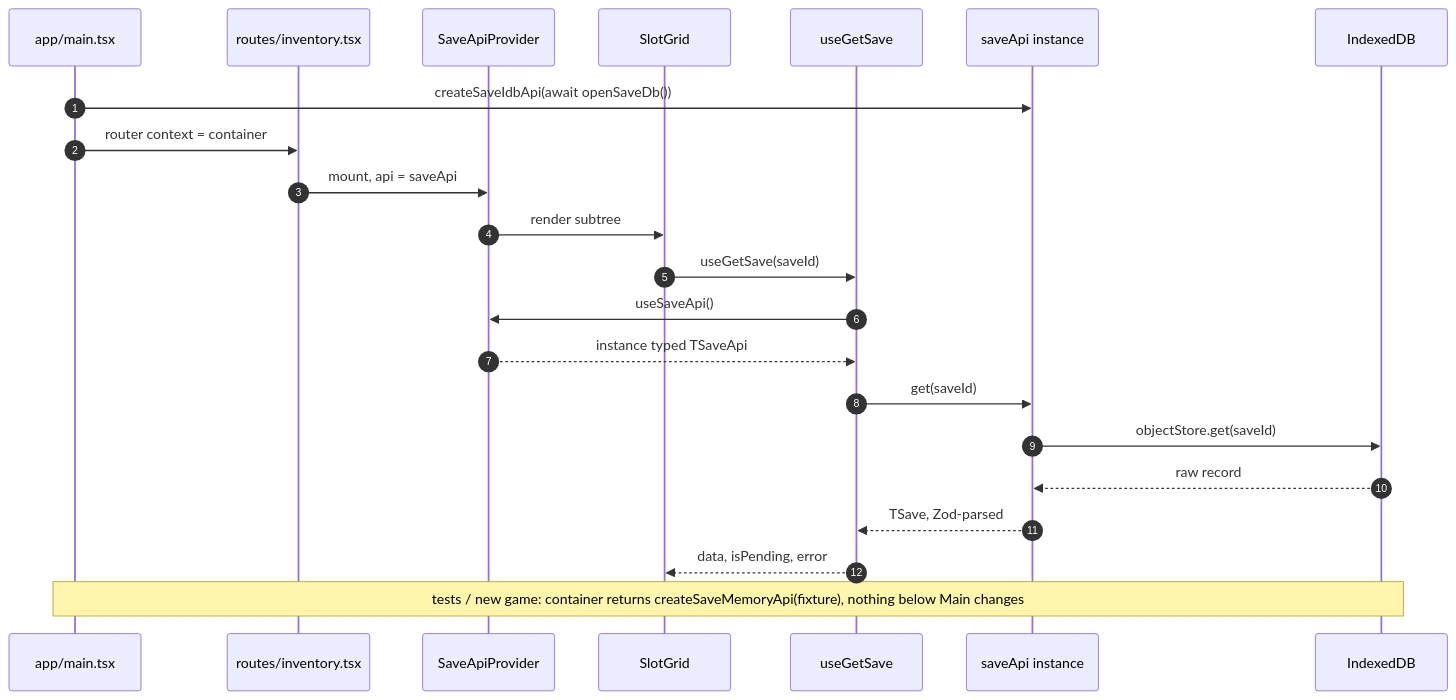
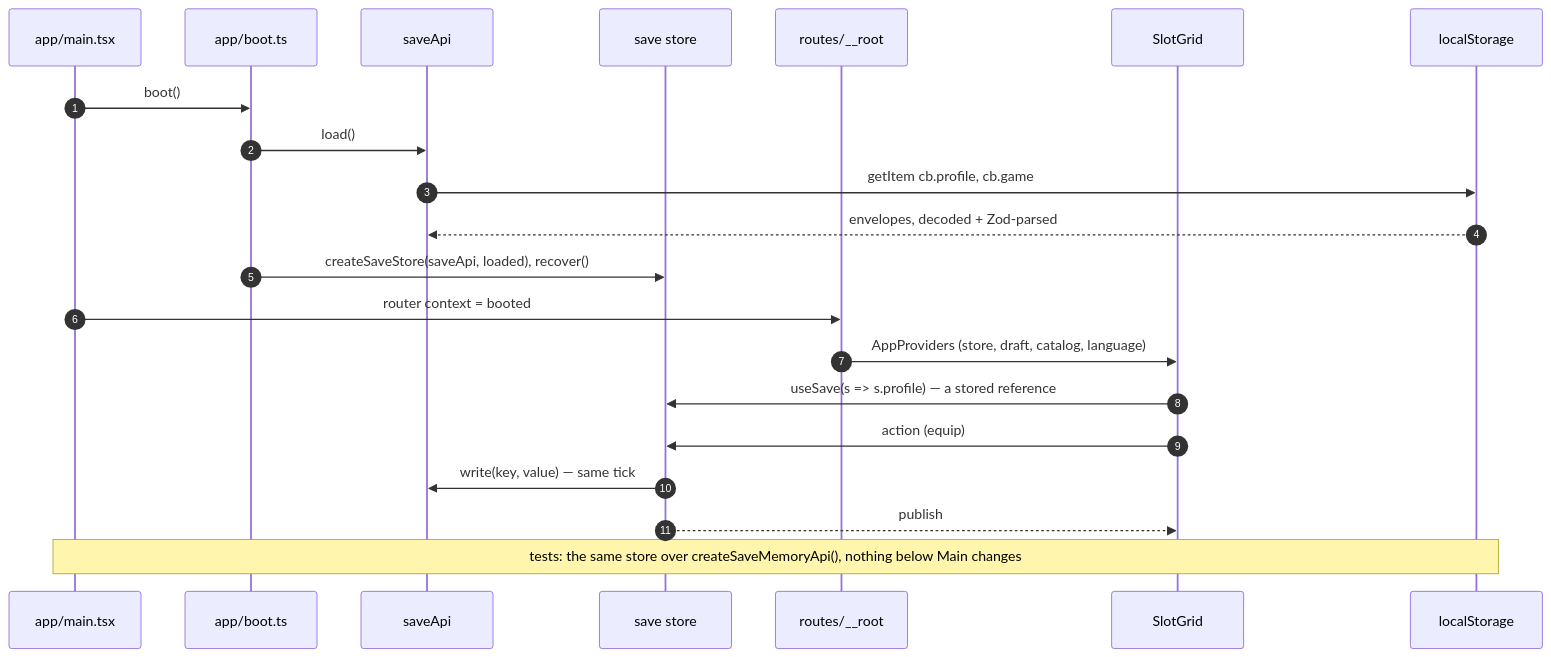
The second of 3 diagrams in ARCHITECTURE.md (AyloSrd/couple-battle-pwa), drawn with Mermaid before and after one commit. The commit also changed other lines of this file and 130 other files, not shown here.

First line of the commit message:
R2 Save + shell: boot-hydrated save store, localStorage write-through

````diff
--- a/ARCHITECTURE.md
+++ b/ARCHITECTURE.md
@@ -170,25 +193,24 @@
 ```mermaid
 sequenceDiagram
   autonumber
   participant Main as app/main.tsx
-  participant Route as routes/inventory.tsx
-  participant Prov as SaveApiProvider
+  participant Boot as app/boot.ts
+  participant Save as saveApi
+  participant Store as save store
+  participant Root as routes/__root
   participant Grid as SlotGrid
-  participant Hook as useGetSave
-  participant Save as saveApi instance
-  participant Idb as IndexedDB
+  participant Ls as localStorage
 
-  Main->>Save: createSaveIdbApi(await openSaveDb())
-  Main->>Route: router context = container
-  Route->>Prov: mount, api = saveApi
-  Prov->>Grid: render subtree
-  Grid->>Hook: useGetSave(saveId)
-  Hook->>Prov: useSaveApi()
-  Prov-->>Hook: instance typed TSaveApi
-  Hook->>Save: get(saveId)
-  Save->>Idb: objectStore.get(saveId)
-  Idb-->>Save: raw record
-  Save-->>Hook: TSave, Zod-parsed
-  Hook-->>Grid: data, isPending, error
-  Note over Main,Idb: tests / new game: container returns createSaveMemoryApi(fixture), nothing below Main changes
+  Main->>Boot: boot()
+  Boot->>Save: load()
+  Save->>Ls: getItem cb.profile, cb.game
+  Ls-->>Save: envelopes, decoded + Zod-parsed
+  Boot->>Store: createSaveStore(saveApi, loaded), recover()
+  Main->>Root: router context = booted
+  Root->>Grid: AppProviders (store, draft, catalog, language)
+  Grid->>Store: useSave(s => s.profile) — a stored reference
+  Grid->>Store: action (equip)
+  Store->>Save: write(key, value) — same tick
+  Store-->>Grid: publish
+  Note over Main,Ls: tests: the same store over createSaveMemoryApi(), nothing below Main changes
 ```
````
